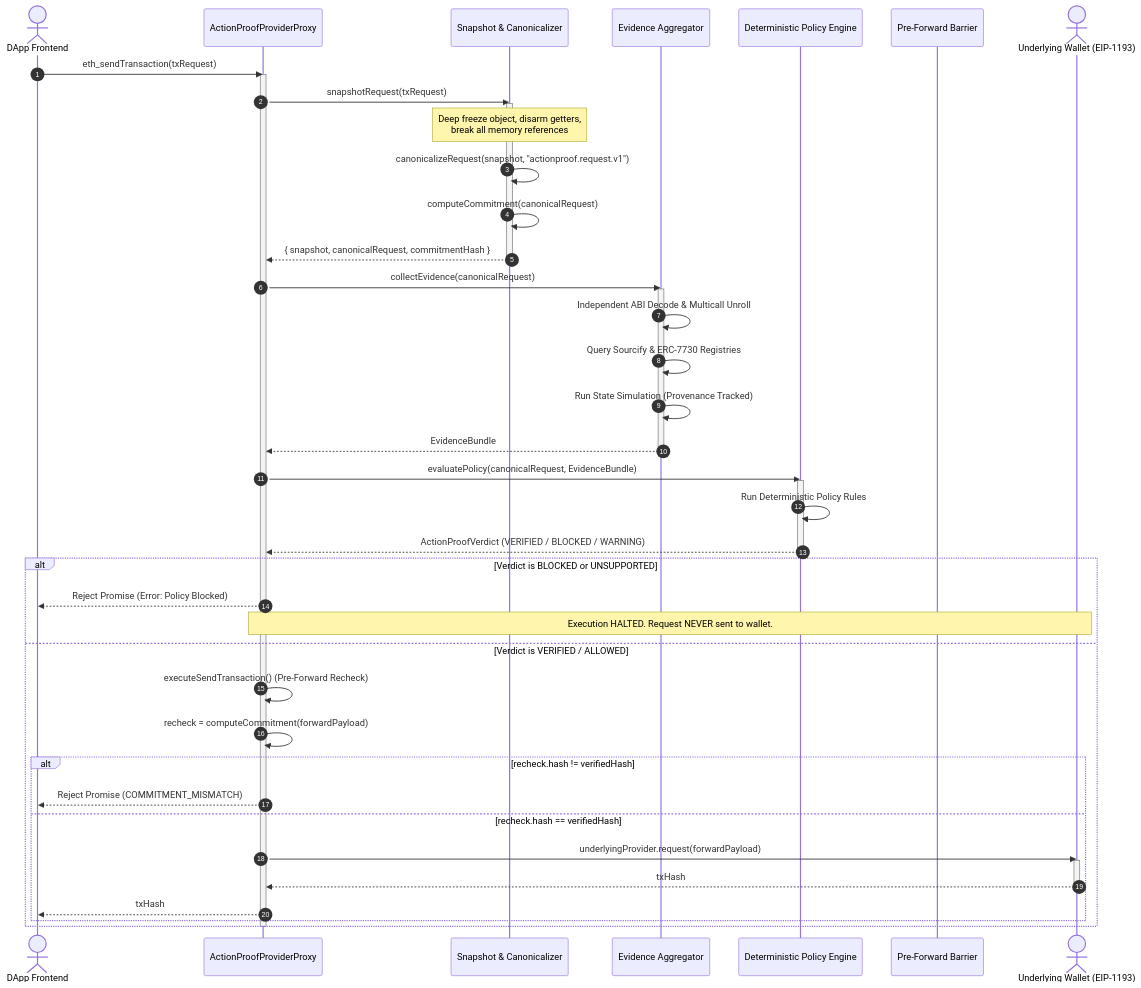
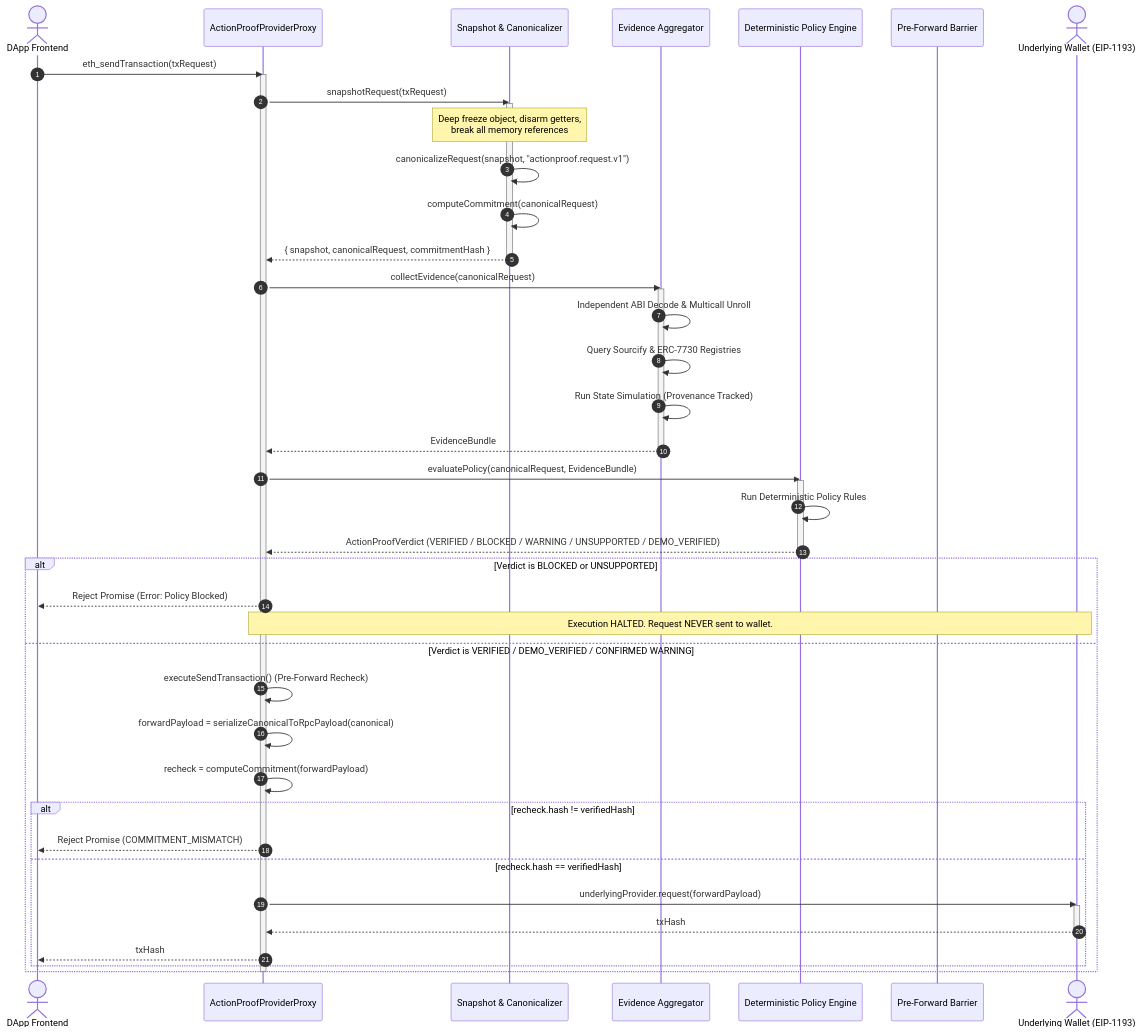
The second of 6 diagrams in README.md (Abhi010903/ActionProofETR), drawn with Mermaid before and after one commit. The commit also changed other lines of this file and 43 other files, not shown here.

Commit message:
feat(security): complete ActionProof Level-2 hardening and remediation

````diff
--- a/README.md
+++ b/README.md
@@ -179,54 +179,55 @@
 ```mermaid
 sequenceDiagram
     autonumber
     actor DApp as DApp Frontend
     participant Proxy as ActionProofProviderProxy
     participant Snap as Snapshot & Canonicalizer
     participant Evidence as Evidence Aggregator
     participant Policy as Deterministic Policy Engine
     participant Barrier as Pre-Forward Barrier
     actor Wallet as Underlying Wallet (EIP-1193)
 
     DApp->>Proxy: eth_sendTransaction(txRequest)
     activate Proxy
-    
+
     Proxy->>Snap: snapshotRequest(txRequest)
     activate Snap
     Note over Snap: Deep freeze object, disarm getters,<br/>break all memory references
     Snap->>Snap: canonicalizeRequest(snapshot, "actionproof.request.v1")
     Snap->>Snap: computeCommitment(canonicalRequest)
     Snap-->>Proxy: { snapshot, canonicalRequest, commitmentHash }
     deactivate Snap
 
     Proxy->>Evidence: collectEvidence(canonicalRequest)
     activate Evidence
     Evidence->>Evidence: Independent ABI Decode & Multicall Unroll
     Evidence->>Evidence: Query Sourcify & ERC-7730 Registries
     Evidence->>Evidence: Run State Simulation (Provenance Tracked)
     Evidence-->>Proxy: EvidenceBundle
     deactivate Evidence
 
     Proxy->>Policy: evaluatePolicy(canonicalRequest, EvidenceBundle)
     activate Policy
     Policy->>Policy: Run Deterministic Policy Rules
-    Policy-->>Proxy: ActionProofVerdict (VERIFIED / BLOCKED / WARNING)
+    Policy-->>Proxy: ActionProofVerdict (VERIFIED / BLOCKED / WARNING / UNSUPPORTED / DEMO_VERIFIED)
     deactivate Policy
 
     alt Verdict is BLOCKED or UNSUPPORTED
         Proxy-->>DApp: Reject Promise (Error: Policy Blocked)
         Note over Proxy,Wallet: Execution HALTED. Request NEVER sent to wallet.
-    else Verdict is VERIFIED / ALLOWED
+    else Verdict is VERIFIED / DEMO_VERIFIED / CONFIRMED WARNING
         Proxy->>Proxy: executeSendTransaction() (Pre-Forward Recheck)
+        Proxy->>Proxy: forwardPayload = serializeCanonicalToRpcPayload(canonical)
         Proxy->>Proxy: recheck = computeCommitment(forwardPayload)
         alt recheck.hash != verifiedHash
             Proxy-->>DApp: Reject Promise (COMMITMENT_MISMATCH)
         else recheck.hash == verifiedHash
             Proxy->>Wallet: underlyingProvider.request(forwardPayload)
             activate Wallet
             Wallet-->>Proxy: txHash
             deactivate Wallet
             Proxy-->>DApp: txHash
         end
     end
     deactivate Proxy
 ```
````
